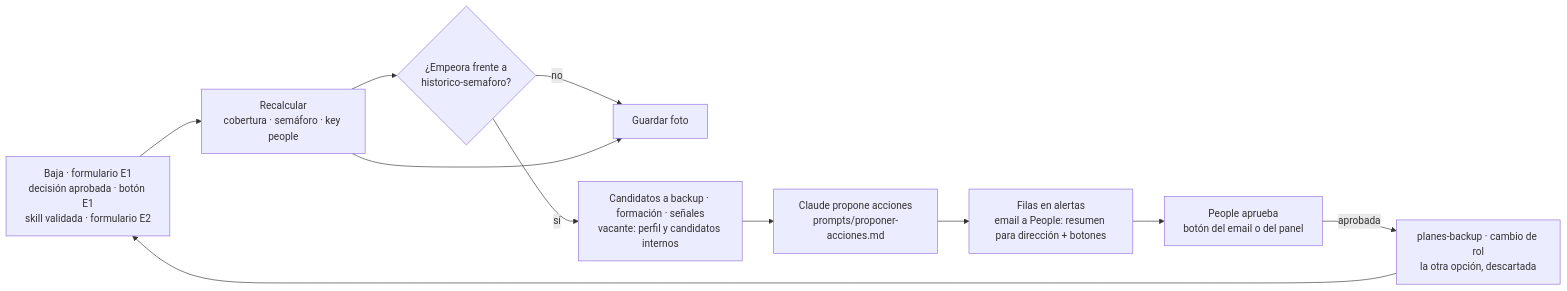
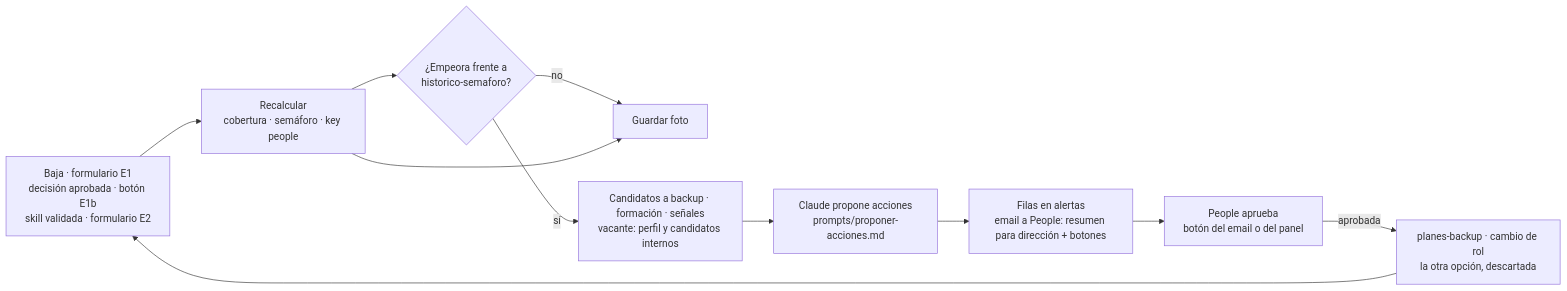
The diagram in docs/arquitectura.md (andfermen/People-OS-ACME), drawn with Mermaid before and after one commit. The commit also changed other lines of this file and 26 other files, not shown here.

````diff
--- a/docs/arquitectura.md
+++ b/docs/arquitectura.md
@@ -20,13 +20,13 @@
 ```mermaid
 flowchart LR
-  A[Baja · formulario E1<br/>decisión aprobada · botón E1<br/>skill validada · formulario E2] --> B[Recalcular<br/>cobertura · semáforo · key people]
+  A[Baja · formulario E1<br/>decisión aprobada · botón E1b<br/>skill validada · formulario E2] --> B[Recalcular<br/>cobertura · semáforo · key people]
   B --> C{¿Empeora frente a<br/>historico-semaforo?}
   C -- no --> H[Guardar foto]
   C -- sí --> D[Candidatos a backup · formación · señales<br/>vacante: perfil y candidatos internos]
   D --> E[Claude propone acciones<br/>prompts/proponer-acciones.md]
   E --> F[Filas en alertas<br/>email a People: resumen para dirección + botones]
   F --> G[People aprueba<br/>botón del email o del panel]
   G -- aprobada --> P[planes-backup · cambio de rol<br/>la otra opción, descartada]
   P --> A
   B --> H
 ```
````
